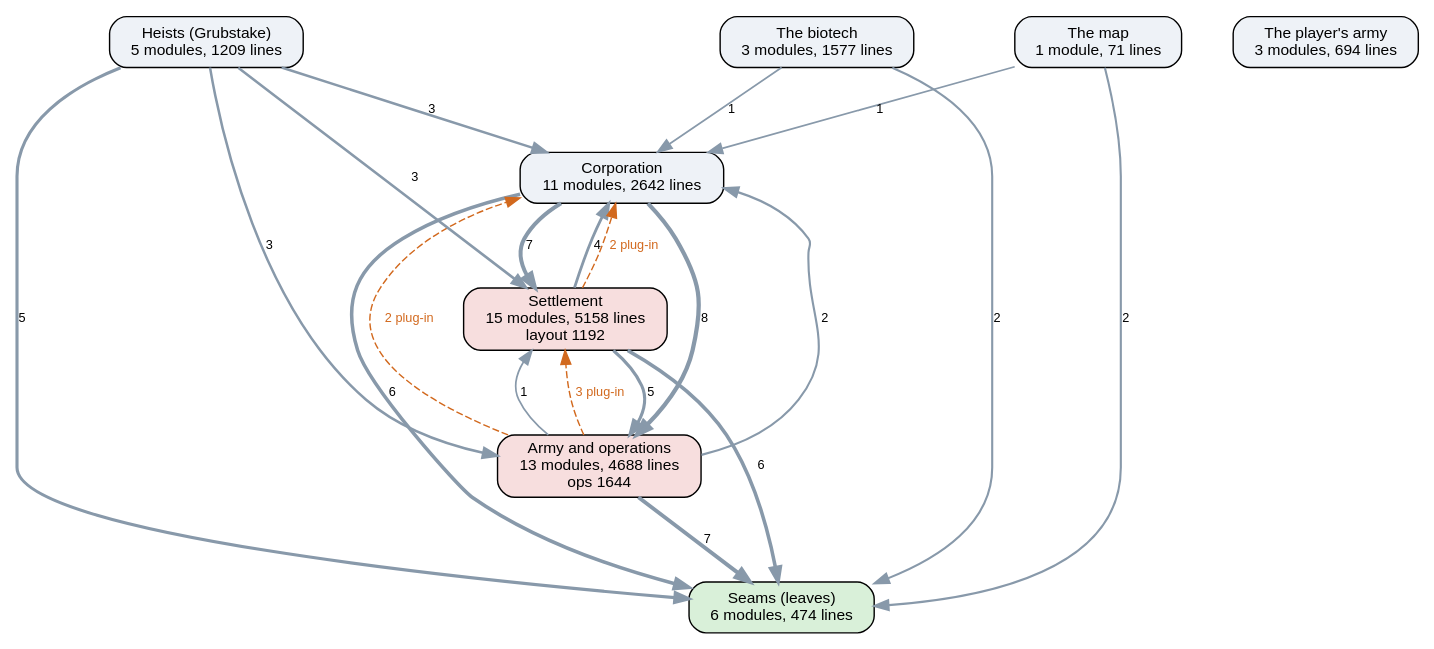
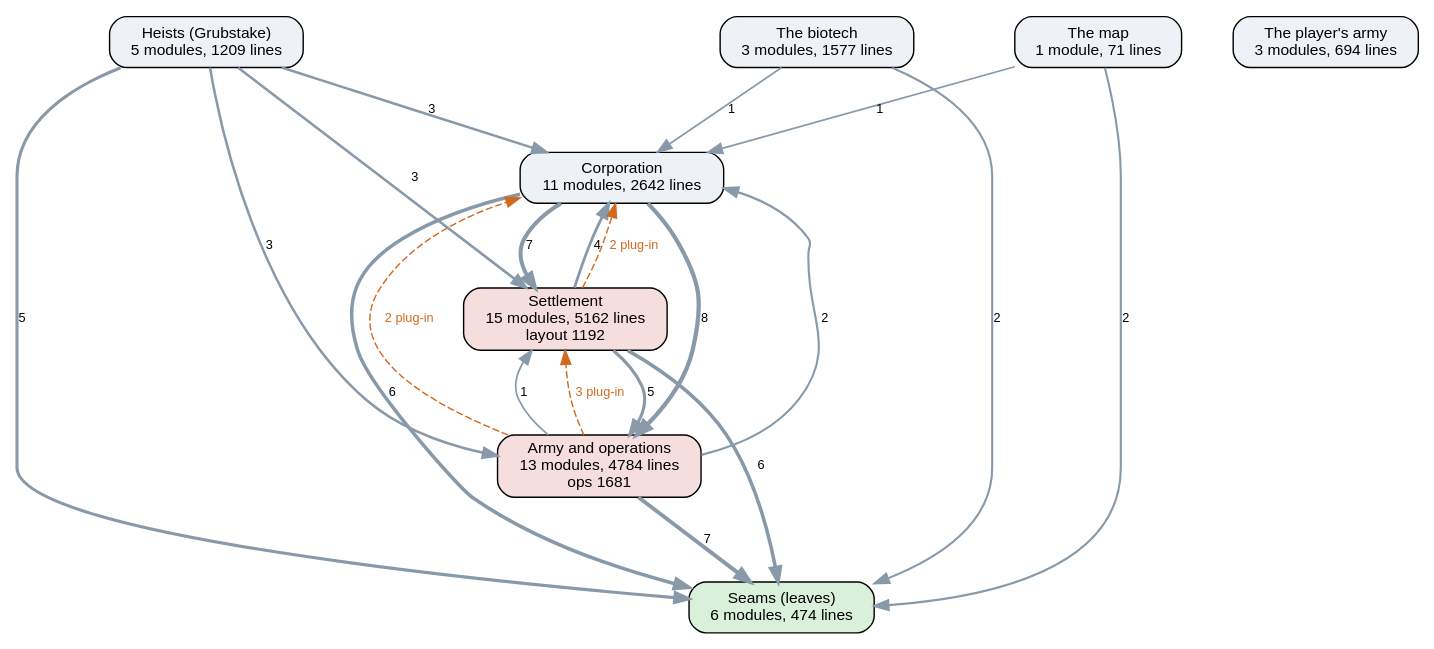
One commit to kinelhu/landing-party changed the diagram in docs/ai-layers.dot. Above: the diagram before and after it, drawn with Graphviz. The commit also changed 19 other files, not shown here.

```diff
--- a/docs/ai-layers.dot
+++ b/docs/ai-layers.dot
@@ -1,33 +1,33 @@
 digraph layers {
   graph [rankdir=TB, fontname="Helvetica", nodesep=0.5, ranksep=0.7];
   node [shape=box, style="rounded,filled", fontname="Helvetica", fontsize=11, fillcolor="#eef2f7"];
   edge [color="#8899aa", fontname="Helvetica", fontsize=9];
   "Seams (leaves)" [label="Seams (leaves)\n6 modules, 474 lines", fillcolor="#d9f0d9"];
   "Corporation" [label="Corporation\n11 modules, 2642 lines", fillcolor="#eef2f7"];
-  "Settlement" [label="Settlement\n15 modules, 5158 lines\nlayout 1192", fillcolor="#f7dede"];
-  "Army and operations" [label="Army and operations\n13 modules, 4688 lines\nops 1644", fillcolor="#f7dede"];
+  "Settlement" [label="Settlement\n15 modules, 5162 lines\nlayout 1192", fillcolor="#f7dede"];
+  "Army and operations" [label="Army and operations\n13 modules, 4784 lines\nops 1681", fillcolor="#f7dede"];
   "Heists (Grubstake)" [label="Heists (Grubstake)\n5 modules, 1209 lines", fillcolor="#eef2f7"];
   "The biotech" [label="The biotech\n3 modules, 1577 lines", fillcolor="#eef2f7"];
   "The map" [label="The map\n1 module, 71 lines", fillcolor="#eef2f7"];
   "The player's army" [label="The player's army\n3 modules, 694 lines", fillcolor="#eef2f7"];
   "Army and operations" -> "Corporation" [label="2", penwidth=1.5];
   "Army and operations" -> "Seams (leaves)" [label="7", penwidth=2.8];
   "Army and operations" -> "Settlement" [label="1", penwidth=1.2];
   "Corporation" -> "Army and operations" [label="8", penwidth=3.0];
   "Corporation" -> "Seams (leaves)" [label="6", penwidth=2.5];
   "Corporation" -> "Settlement" [label="7", penwidth=2.8];
   "Heists (Grubstake)" -> "Army and operations" [label="3", penwidth=1.8];
   "Heists (Grubstake)" -> "Corporation" [label="3", penwidth=1.8];
   "Heists (Grubstake)" -> "Seams (leaves)" [label="5", penwidth=2.2];
   "Heists (Grubstake)" -> "Settlement" [label="3", penwidth=1.8];
   "Settlement" -> "Army and operations" [label="5", penwidth=2.2];
   "Settlement" -> "Corporation" [label="4", penwidth=2.0];
   "Settlement" -> "Seams (leaves)" [label="6", penwidth=2.5];
   "The biotech" -> "Corporation" [label="1", penwidth=1.2];
   "The biotech" -> "Seams (leaves)" [label="2", penwidth=1.5];
   "The map" -> "Corporation" [label="1", penwidth=1.2];
   "The map" -> "Seams (leaves)" [label="2", penwidth=1.5];
   "Army and operations" -> "Corporation" [style=dashed, color="#d2691e", fontcolor="#d2691e", label="2 plug-in"];
   "Army and operations" -> "Settlement" [style=dashed, color="#d2691e", fontcolor="#d2691e", label="3 plug-in"];
   "Settlement" -> "Corporation" [style=dashed, color="#d2691e", fontcolor="#d2691e", label="2 plug-in"];
 }
```
